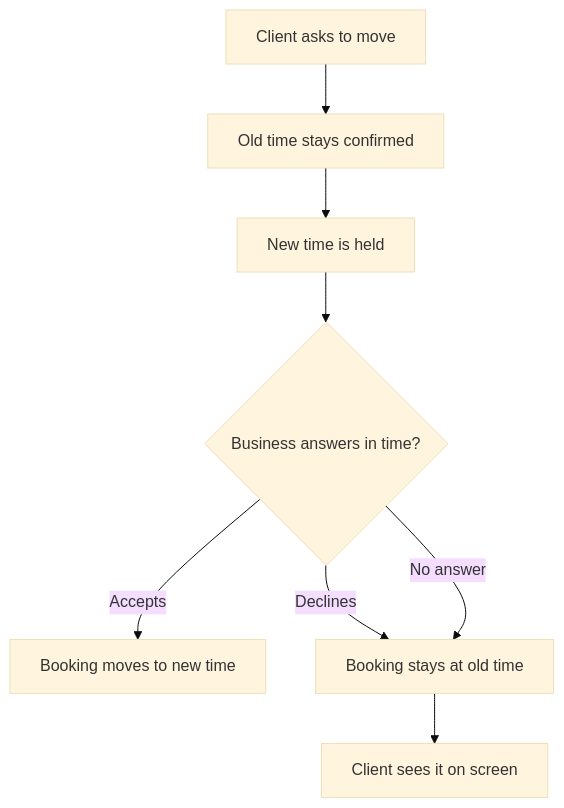
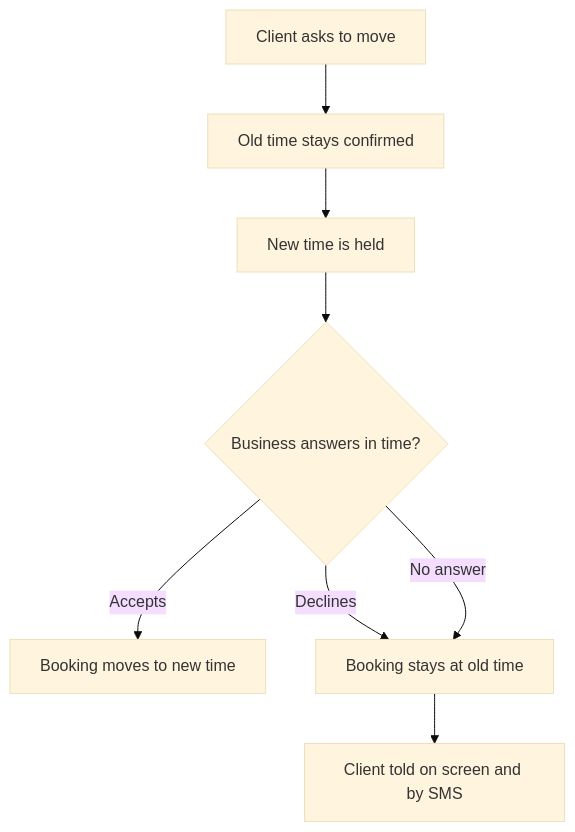
The eighth of 22 diagrams in docs/product/07c-flows-system.md (azamatos/yeral), drawn with Mermaid (base theme) before and after one commit. The commit also changed other lines of this file and 21 other files, not shown here.

````diff
--- a/docs/product/07c-flows-system.md
+++ b/docs/product/07c-flows-system.md
@@ -309,10 +310,10 @@
 ```mermaid
 flowchart TD
   A["Client asks to move"] --> B["Old time stays confirmed"]
   B --> C["New time is held"]
   C --> D{"Business answers in time?"}
   D -->|"Accepts"| E["Booking moves to new time"]
   D -->|"Declines"| F["Booking stays at old time"]
   D -->|"No answer"| F
-  F --> G["Client sees it on screen"]
+  F --> G["Client told on screen and by SMS"]
 ```
````
